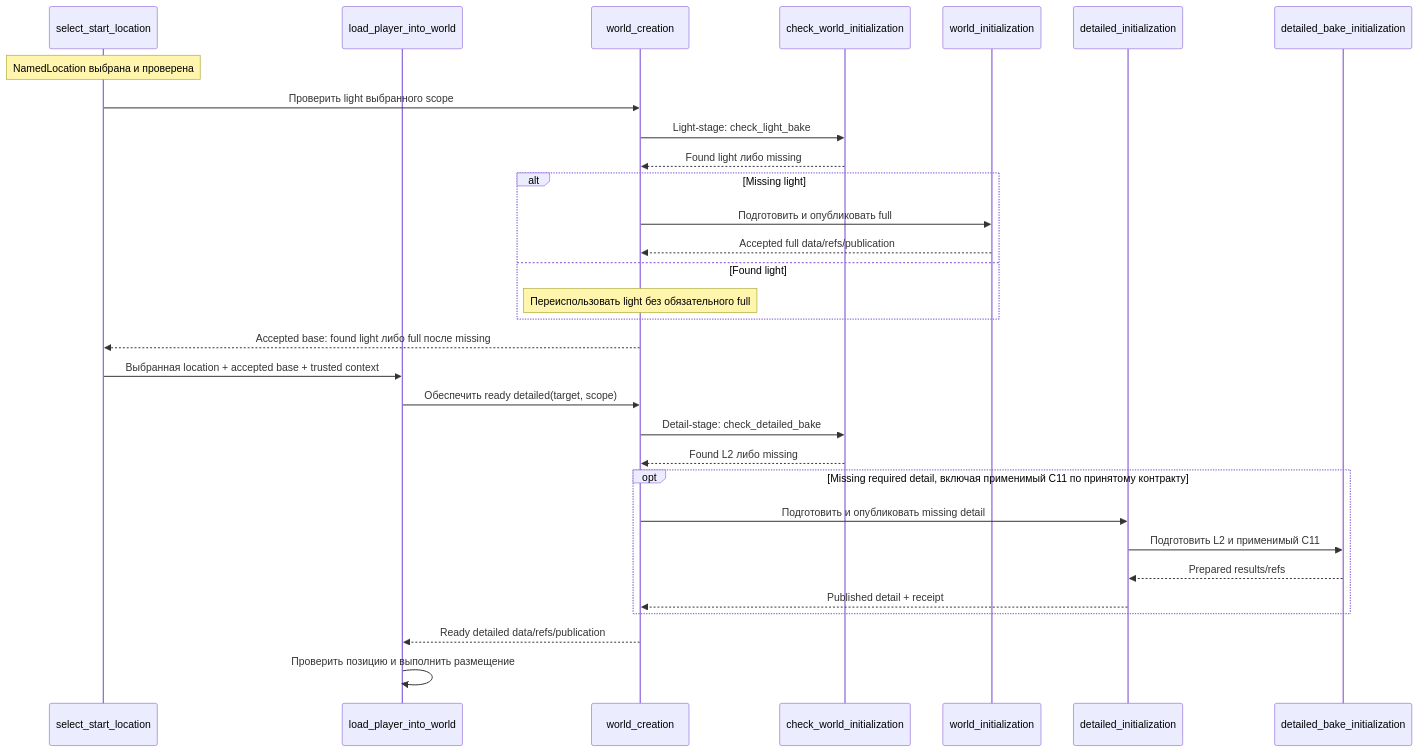
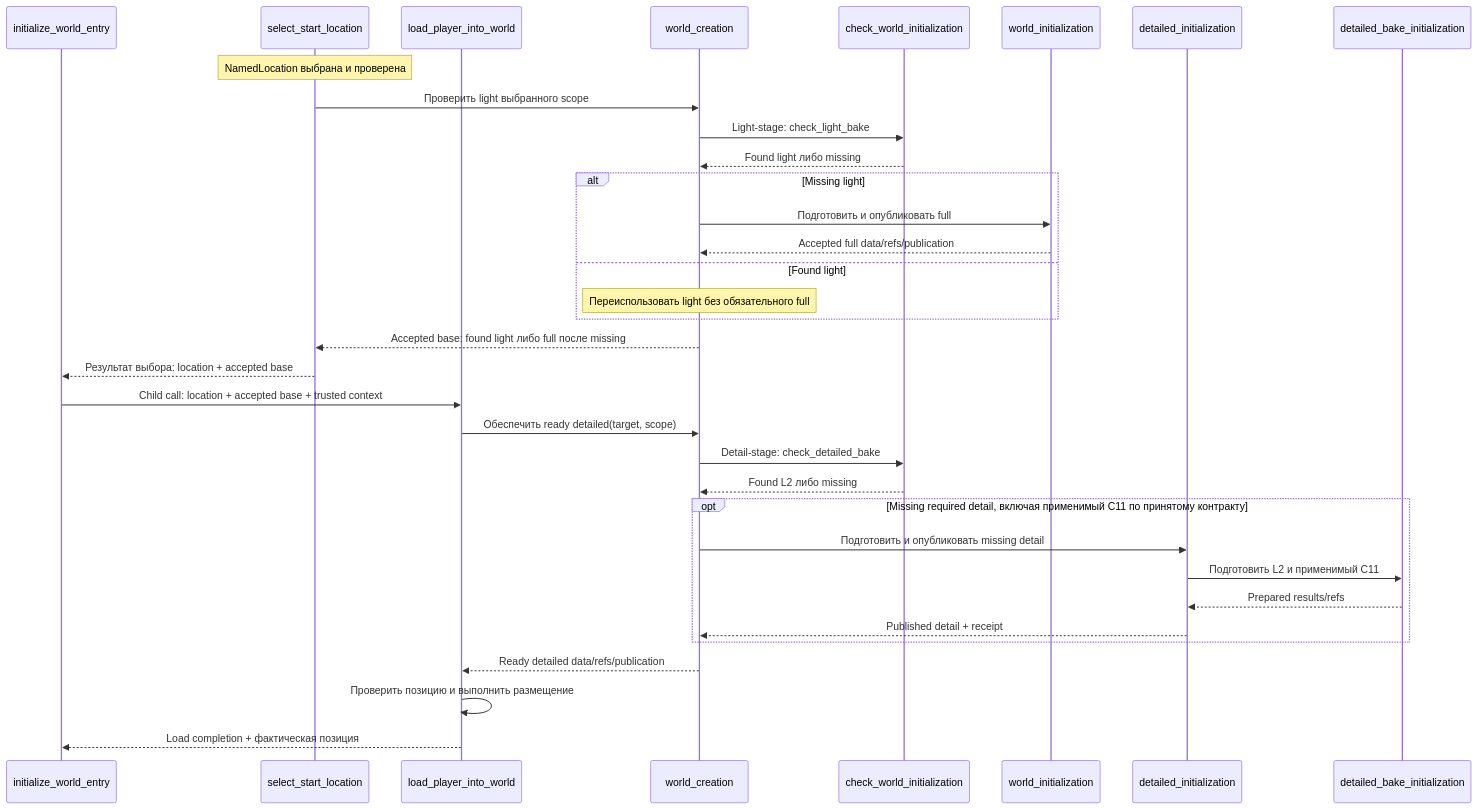
One commit to AndrewBondaren/AI-Project changed the second of 2 diagrams in .cursor/plans/gen-dag-node-dependency.md. Above: the diagram before and after it, drawn with Mermaid. The commit also changed other lines of this file and 1 other file, not shown here.

Commit message:
refactor: Clarify entry and selection process in world initialization flow

````diff
--- a/.cursor/plans/gen-dag-node-dependency.md
+++ b/.cursor/plans/gen-dag-node-dependency.md
@@ -1206,33 +1206,36 @@
 ```mermaid
 sequenceDiagram
+    participant E as initialize_world_entry
     participant S as select_start_location
     participant L as load_player_into_world
     participant W as world_creation
     participant C as check_world_initialization
     participant I as world_initialization
     participant D as detailed_initialization
     participant B as detailed_bake_initialization
     Note over S: NamedLocation выбрана и проверена
     S->>W: Проверить light выбранного scope
     W->>C: Light-stage: check_light_bake
     C-->>W: Found light либо missing
     alt Missing light
         W->>I: Подготовить и опубликовать full
         I-->>W: Accepted full data/refs/publication
     else Found light
         Note over W: Переиспользовать light без обязательного full
     end
     W-->>S: Accepted base: found light либо full после missing
-    S->>L: Выбранная location + accepted base + trusted context
+    S-->>E: Результат выбора: location + accepted base
+    E->>L: Child call: location + accepted base + trusted context
     L->>W: Обеспечить ready detailed(target, scope)
     W->>C: Detail-stage: check_detailed_bake
     C-->>W: Found L2 либо missing
     opt Missing required detail, включая применимый C11 по принятому контракту
         W->>D: Подготовить и опубликовать missing detail
         D->>B: Подготовить L2 и применимый C11
         B-->>D: Prepared results/refs
         D-->>W: Published detail + receipt
     end
     W-->>L: Ready detailed data/refs/publication
     L->>L: Проверить позицию и выполнить размещение
+    L-->>E: Load completion + фактическая позиция
 ```
````
